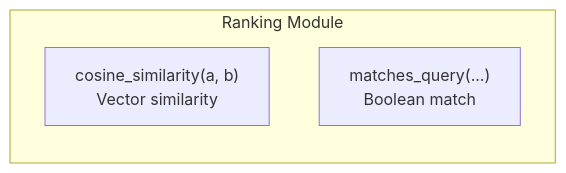
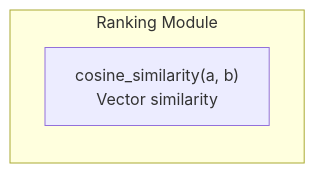
The eighth of 17 diagrams in services/ingestion/ARCHITECTURE.md (a1amit/CourseLLM-Firebase), drawn with Mermaid before and after one commit. The commit also changed other lines of this file and 1 other file, not shown here.

Commit message:
removed legacy ranking system and updated the architecture

````diff
--- a/services/ingestion/ARCHITECTURE.md
+++ b/services/ingestion/ARCHITECTURE.md
@@ -480,7 +479,6 @@
 ```mermaid
 flowchart LR
     subgraph RankingModule["Ranking Module"]
         CosineSim["cosine_similarity(a, b)<br/>Vector similarity"]
-        TopicMatch["matches_query(...)<br/>Boolean match"]
     end
 ```
````
